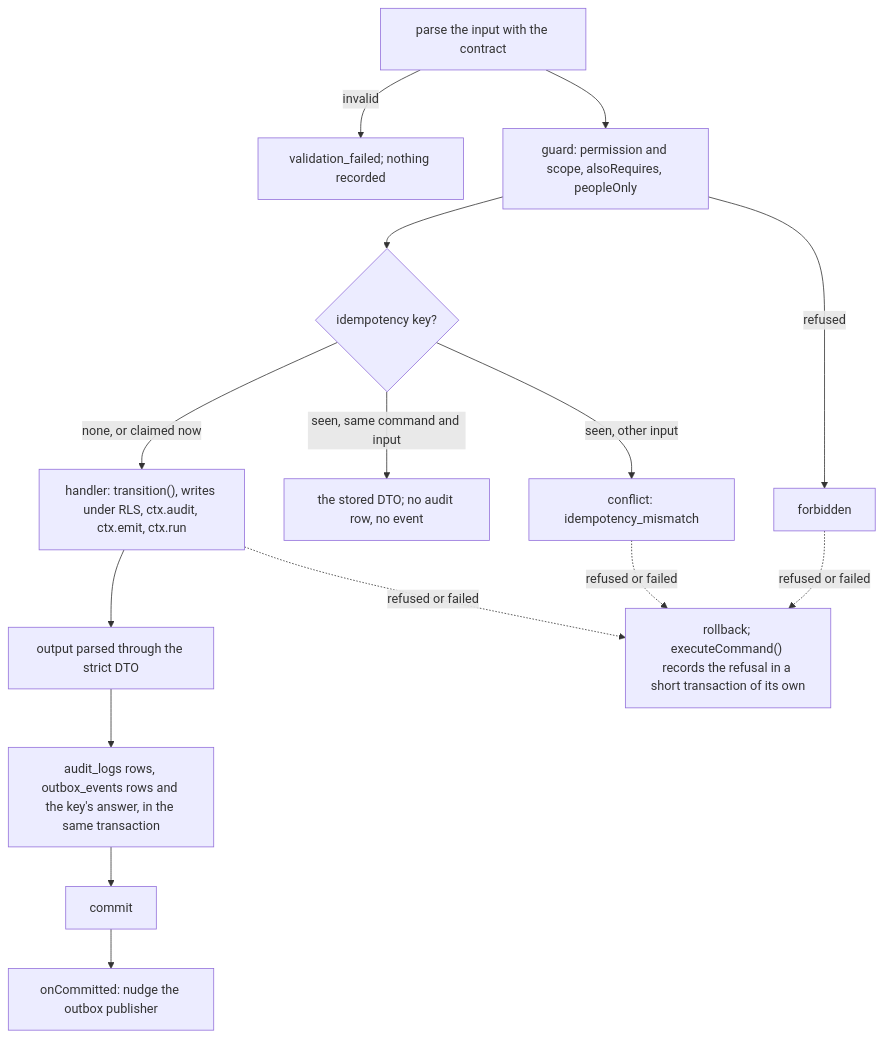
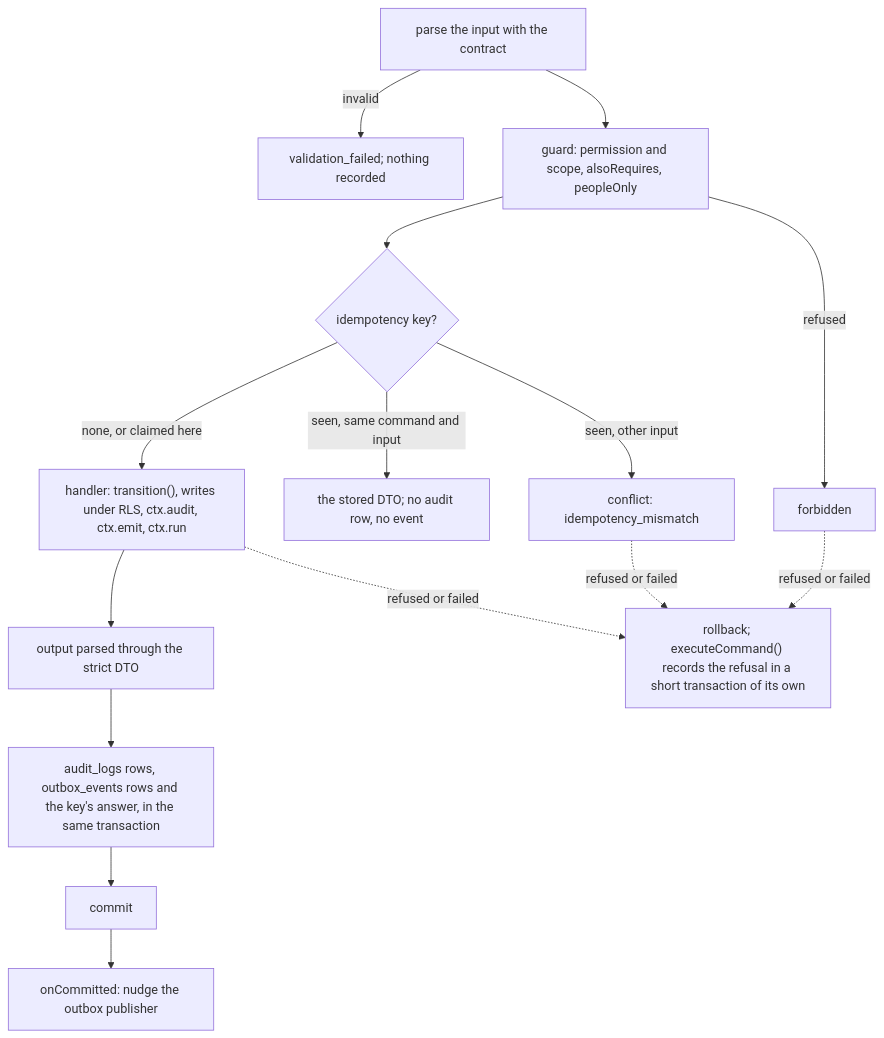
Before and after one commit to techaust/shakti_prime: the fourth of 7 diagrams in docs/ARCHITECTURE.md, drawn with Mermaid. The commit also changed other lines of this file and 11 other files, not shown here.

````diff
--- a/docs/ARCHITECTURE.md
+++ b/docs/ARCHITECTURE.md
@@ -161,15 +161,15 @@
 ```mermaid
 flowchart TD
   I["parse the input with the contract"] -->|invalid| V["validation_failed; nothing recorded"]
   I --> G["guard: permission and scope, alsoRequires, peopleOnly"]
   G -->|refused| F["forbidden"]
   G --> K{"idempotency key?"}
   K -->|"seen, same command and input"| RP["the stored DTO; no audit row, no event"]
   K -->|"seen, other input"| M["conflict: idempotency_mismatch"]
-  K -->|"none, or claimed now"| H["handler: transition(), writes under RLS, ctx.audit, ctx.emit, ctx.run"]
+  K -->|"none, or claimed here"| H["handler: transition(), writes under RLS, ctx.audit, ctx.emit, ctx.run"]
   H --> D["output parsed through the strict DTO"]
   D --> W["audit_logs rows, outbox_events rows and the key's answer, in the same transaction"]
   W --> C["commit"]
   C --> N["onCommitted: nudge the outbox publisher"]
   F & M & H -.->|"refused or failed"| RB["rollback; executeCommand() records the refusal in a short transaction of its own"]
 ```
````
